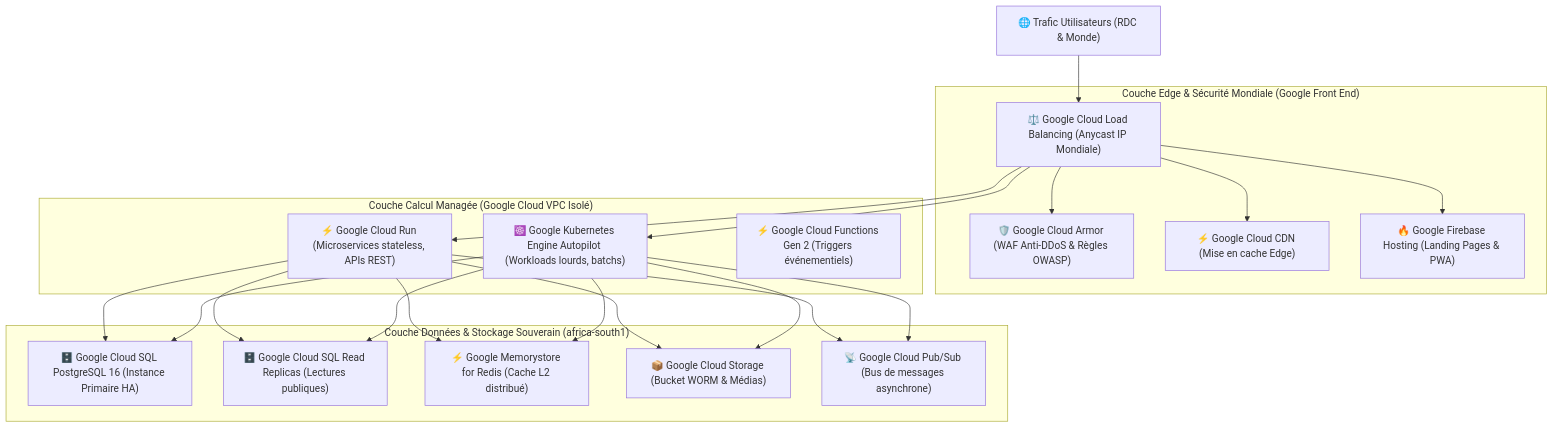
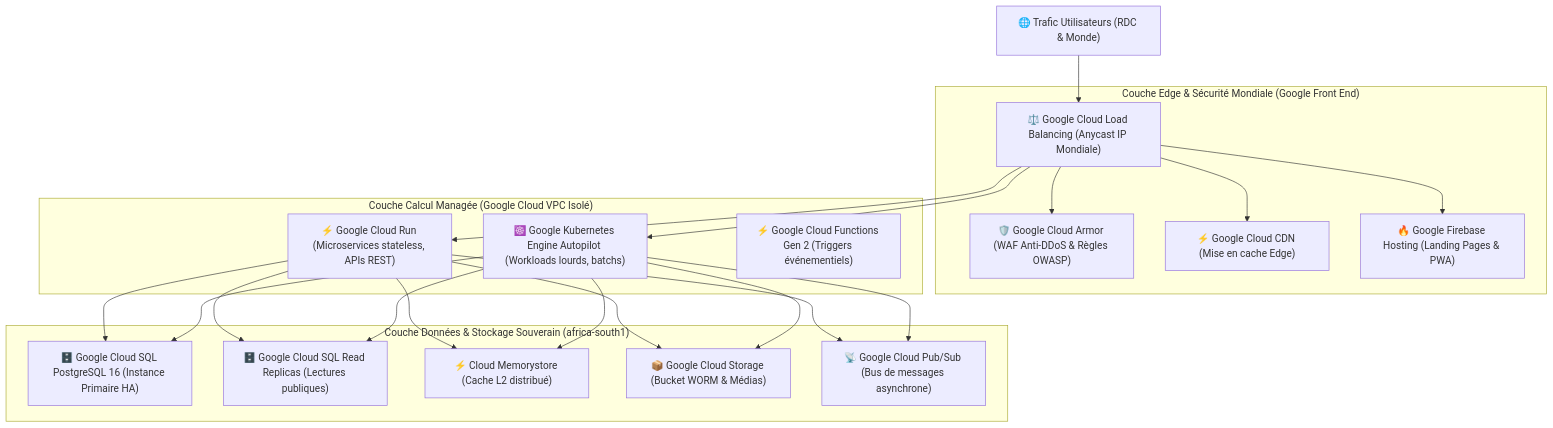
Before and after one commit to Adolphechris/clenel-elysium: the diagram in tome-13/230/README.md, drawn with Mermaid. The commit also changed 39 other files, not shown here.

````diff
--- a/tome-13/230/README.md
+++ b/tome-13/230/README.md
@@ -19,29 +19,29 @@
 ```mermaid
 graph TB
     INTERNET["🌐 Trafic Utilisateurs (RDC & Monde)"]
 
     subgraph "Couche Edge & Sécurité Mondiale (Google Front End)"
         ARMOR["🛡️ Google Cloud Armor (WAF Anti-DDoS & Règles OWASP)"]
         GLB["⚖️ Google Cloud Load Balancing (Anycast IP Mondiale)"]
         CDN["⚡ Google Cloud CDN (Mise en cache Edge)"]
         HOSTING["🔥 Google Firebase Hosting (Landing Pages & PWA)"]
     end
 
     subgraph "Couche Calcul Managée (Google Cloud VPC Isolé)"
         RUN["⚡ Google Cloud Run (Microservices stateless, APIs REST)"]
         GKE["☸️ Google Kubernetes Engine Autopilot (Workloads lourds, batchs)"]
         FUNC["⚡ Google Cloud Functions Gen 2 (Triggers événementiels)"]
     end
 
     subgraph "Couche Données & Stockage Souverain (africa-south1)"
         SQL_PRIMARY["🗄️ Google Cloud SQL PostgreSQL 16 (Instance Primaire HA)"]
         SQL_REPLICA["🗄️ Google Cloud SQL Read Replicas (Lectures publiques)"]
-        REDIS["⚡ Google Memorystore for Redis (Cache L2 distribué)"]
+        MEMSTORE["⚡ Cloud Memorystore (Cache L2 distribué)"]
         GCS["📦 Google Cloud Storage (Bucket WORM & Médias)"]
         PUBSUB["📡 Google Cloud Pub/Sub (Bus de messages asynchrone)"]
     end
 
     INTERNET --> GLB --> ARMOR
     GLB --> CDN & HOSTING & RUN & GKE
-    RUN & GKE --> REDIS & SQL_PRIMARY & SQL_REPLICA & GCS & PUBSUB
+    RUN & GKE --> MEMSTORE & SQL_PRIMARY & SQL_REPLICA & GCS & PUBSUB
 ```
````
